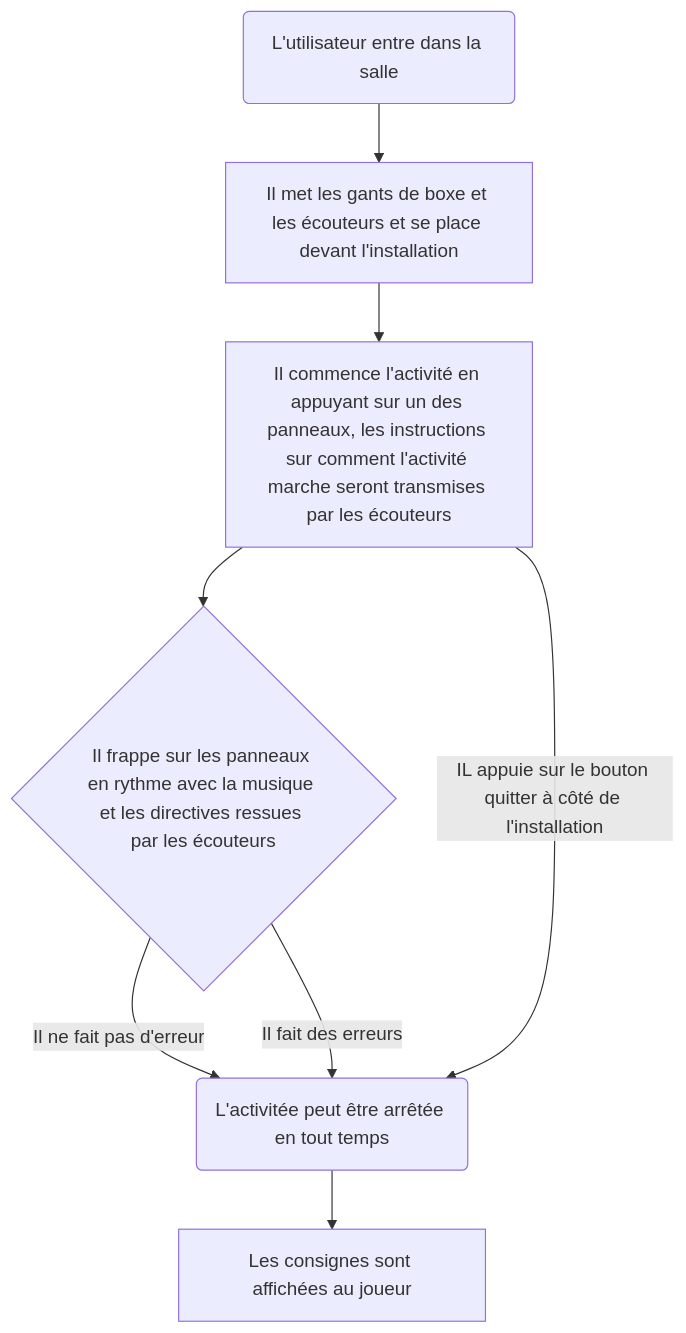
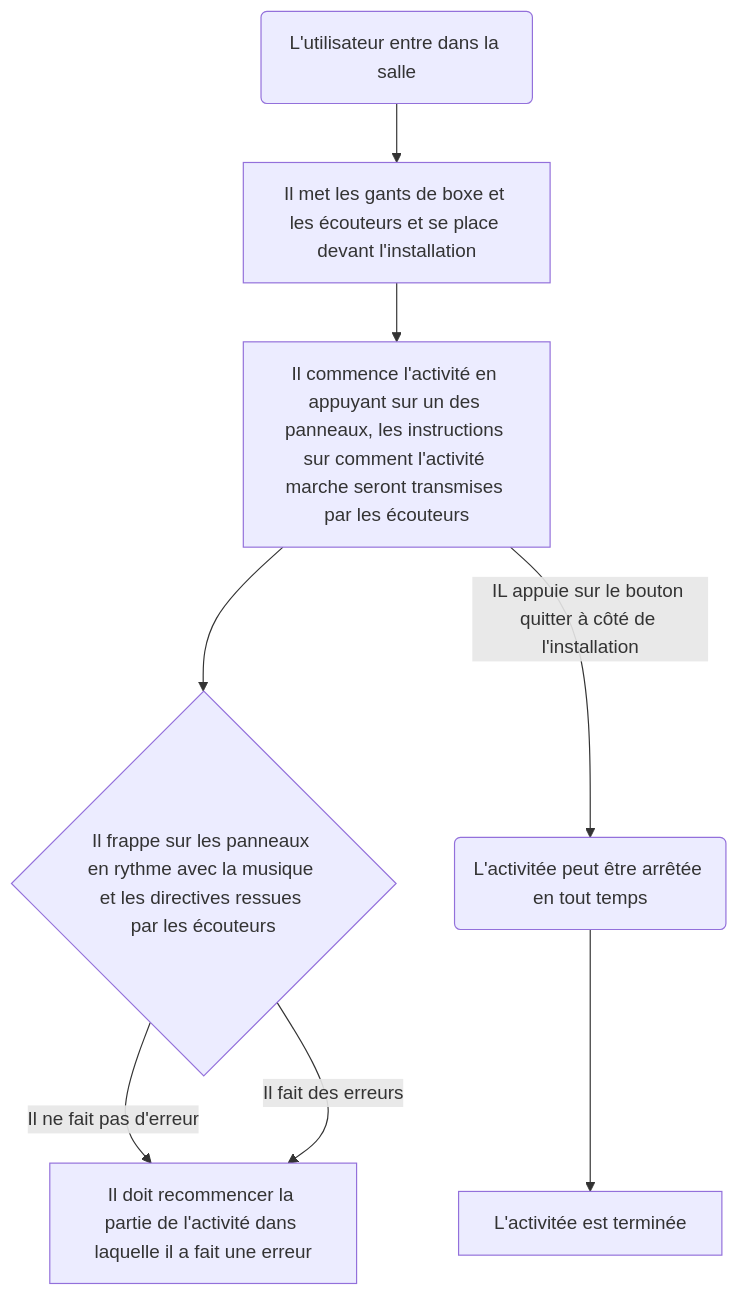
One commit to samesthumain/sac-de-sable changed the diagram in README.md. Above: the diagram before and after it, drawn with Mermaid.

````diff
--- a/README.md
+++ b/README.md
@@ -19,11 +19,11 @@
 ```mermaid
 flowchart TD
     A(L'utilisateur entre dans la salle) --> B[Il met les gants de boxe et les écouteurs et se place devant l'installation]
     B --> C[Il commence l'activité en appuyant sur un des panneaux, les instructions sur comment l'activité marche seront transmises par les écouteurs]
     C --> D{Il frappe sur les panneaux en rythme avec la musique et les directives ressues par les écouteurs}
     D -->|Il ne fait pas d'erreur| E[L'activitée continue normalement]
-D -->|Il fait des erreurs| E[Il doit recommencer la partie de l'activité fans laquelleil a fait une erreur]
-    C -->|IL appuie sur le bouton quitter à côté de l'installation| E(L'activitée peut être arrêtée en tout temps)
-    E --> F[Les consignes sont affichées au joueur]
+D -->|Il fait des erreurs| E[Il doit recommencer la partie de l'activité dans laquelle il a fait une erreur]
+    C -->|IL appuie sur le bouton quitter à côté de l'installation| F(L'activitée peut être arrêtée en tout temps)
+    F --> H[L'activitée est terminée]
 
 ```
````
